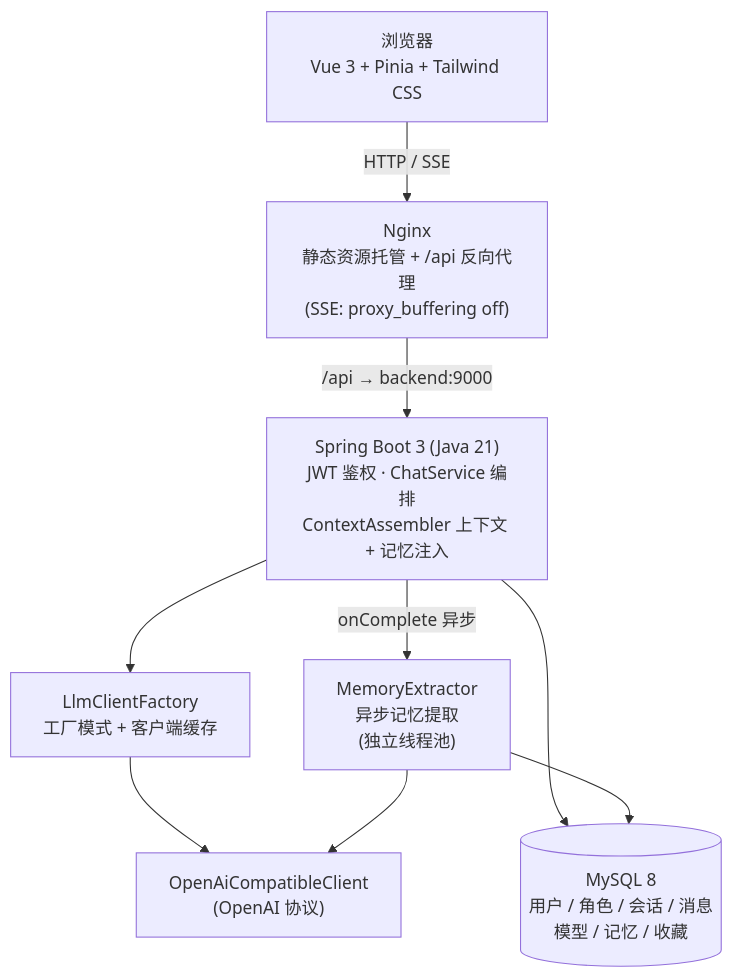
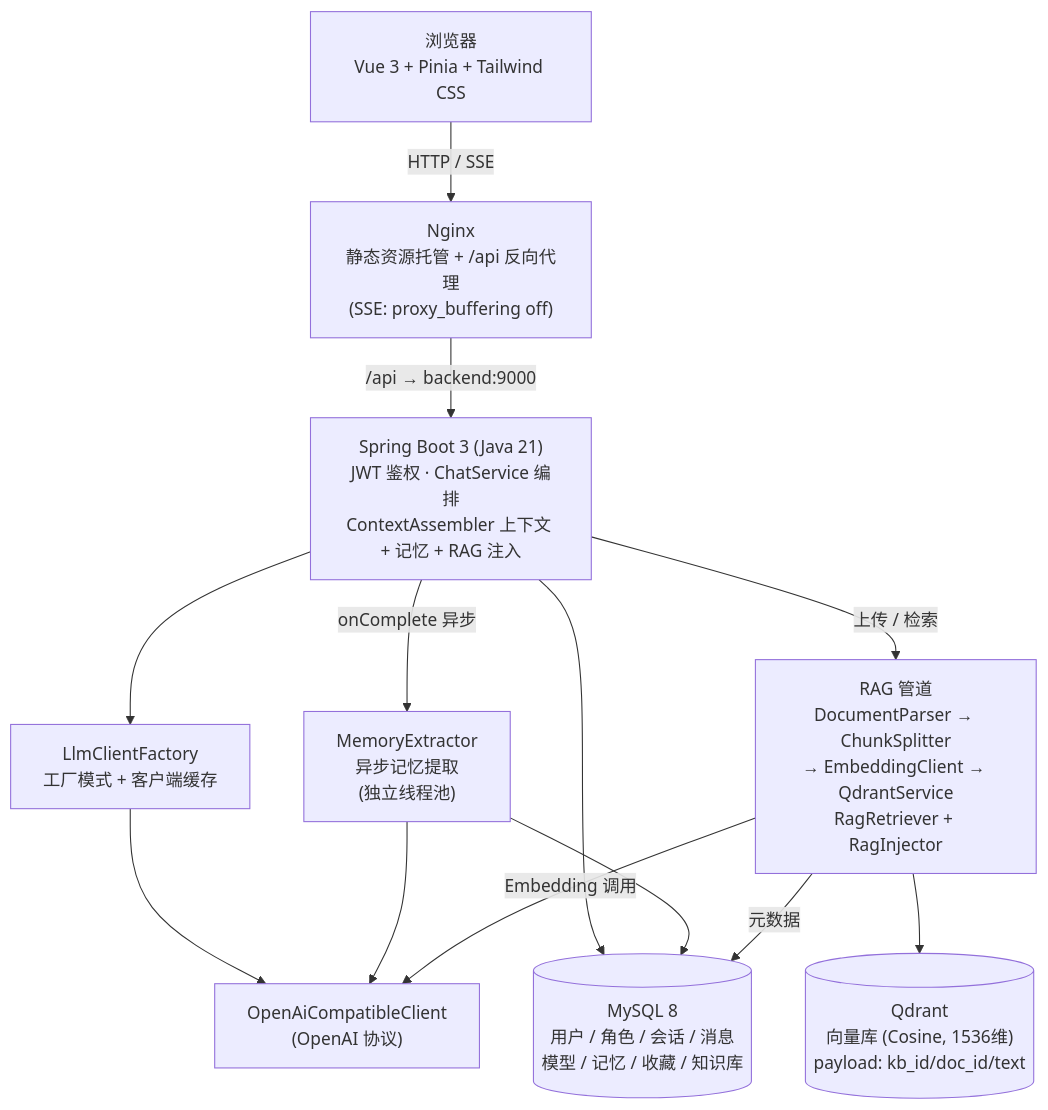
The first of 4 diagrams in README.md (KONGBAI666666/xinyu), drawn with Mermaid before and after one commit. The commit also changed other lines of this file, not shown here.

Commit message:
docs: 更新 README 反映 M3 RAG (Qdrant + Embedding + 知识库增强生成)

````diff
--- a/README.md
+++ b/README.md
@@ -53,18 +60,24 @@
 ```mermaid
 flowchart TB
     Browser["浏览器<br/>Vue 3 + Pinia + Tailwind CSS"]
     Nginx["Nginx<br/>静态资源托管 + /api 反向代理<br/>(SSE: proxy_buffering off)"]
-    Server["Spring Boot 3 (Java 21)<br/>JWT 鉴权 · ChatService 编排<br/>ContextAssembler 上下文 + 记忆注入"]
+    Server["Spring Boot 3 (Java 21)<br/>JWT 鉴权 · ChatService 编排<br/>ContextAssembler 上下文 + 记忆 + RAG 注入"]
     Factory["LlmClientFactory<br/>工厂模式 + 客户端缓存"]
     LLM["OpenAiCompatibleClient<br/>(OpenAI 协议)"]
     Extractor["MemoryExtractor<br/>异步记忆提取<br/>(独立线程池)"]
-    MySQL[("MySQL 8<br/>用户 / 角色 / 会话 / 消息<br/>模型 / 记忆 / 收藏")]
+    RagPipe["RAG 管道<br/>DocumentParser → ChunkSplitter<br/>→ EmbeddingClient → QdrantService<br/>RagRetriever + RagInjector"]
+    Qdrant[("Qdrant<br/>向量库 (Cosine, 1536维)<br/>payload: kb_id/doc_id/text")]
+    MySQL[("MySQL 8<br/>用户 / 角色 / 会话 / 消息<br/>模型 / 记忆 / 收藏 / 知识库")]
 
     Browser -- "HTTP / SSE" --> Nginx
     Nginx -- "/api → backend:9000" --> Server
     Server --> Factory --> LLM
     Server --> MySQL
     Server -- "onComplete 异步" --> Extractor
     Extractor --> LLM
     Extractor --> MySQL
+    Server -- "上传 / 检索" --> RagPipe
+    RagPipe --> Qdrant
+    RagPipe -- "Embedding 调用" --> LLM
+    RagPipe -- "元数据" --> MySQL
 ```
````
